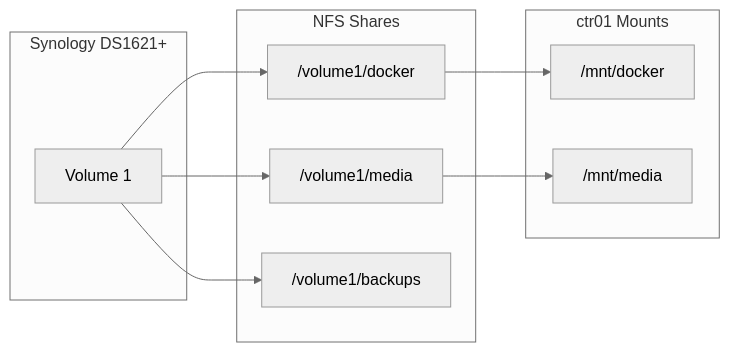
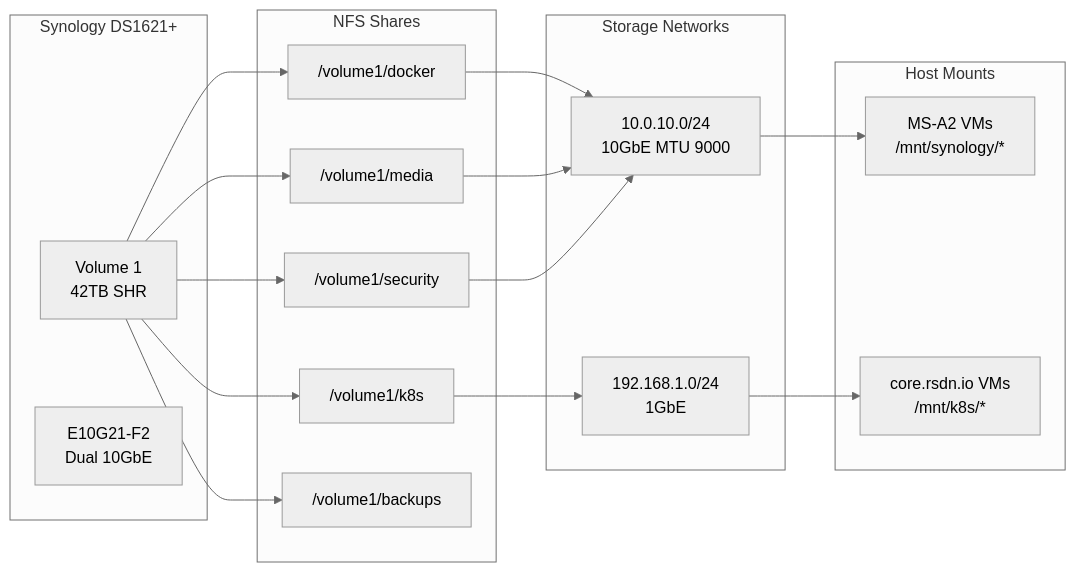
The second of 2 diagrams in docs/architecture/index.md (johnstetter/homelab-docs), drawn with Mermaid (neutral theme) before and after one commit. The commit also changed other lines of this file, not shown here.

First line of the commit message:
docs(architecture): update diagrams for hybrid infrastructure

````diff
--- a/docs/architecture/index.md
+++ b/docs/architecture/index.md
@@ -66,23 +100,39 @@
 ```mermaid
 graph LR
     subgraph Synology["Synology DS1621+"]
-        VOL1["Volume 1"]
+        VOL1["Volume 1<br/>42TB SHR"]
+        E10G["E10G21-F2<br/>Dual 10GbE"]
     end
 
     subgraph NFS["NFS Shares"]
         DOCKER["/volume1/docker"]
         MEDIA["/volume1/media"]
+        K8S["/volume1/k8s"]
+        SECURITY["/volume1/security"]
         BACKUP["/volume1/backups"]
     end
 
-    subgraph CTR01["ctr01 Mounts"]
-        MNTDOCKER["/mnt/docker"]
-        MNTMEDIA["/mnt/media"]
+    subgraph Networks["Storage Networks"]
+        NET10G["10.0.10.0/24<br/>10GbE MTU 9000"]
+        NET1G["192.168.1.0/24<br/>1GbE"]
+    end
+
+    subgraph Mounts["Host Mounts"]
+        MS_A2["MS-A2 VMs<br/>/mnt/synology/*"]
+        CORE["core.rsdn.io VMs<br/>/mnt/k8s/*"]
     end
 
     VOL1 --> DOCKER
     VOL1 --> MEDIA
+    VOL1 --> K8S
+    VOL1 --> SECURITY
     VOL1 --> BACKUP
-    DOCKER --> MNTDOCKER
-    MEDIA --> MNTMEDIA
+    
+    DOCKER --> NET10G
+    MEDIA --> NET10G
+    SECURITY --> NET10G
+    K8S --> NET1G
+    
+    NET10G --> MS_A2
+    NET1G --> CORE
 ```
````
